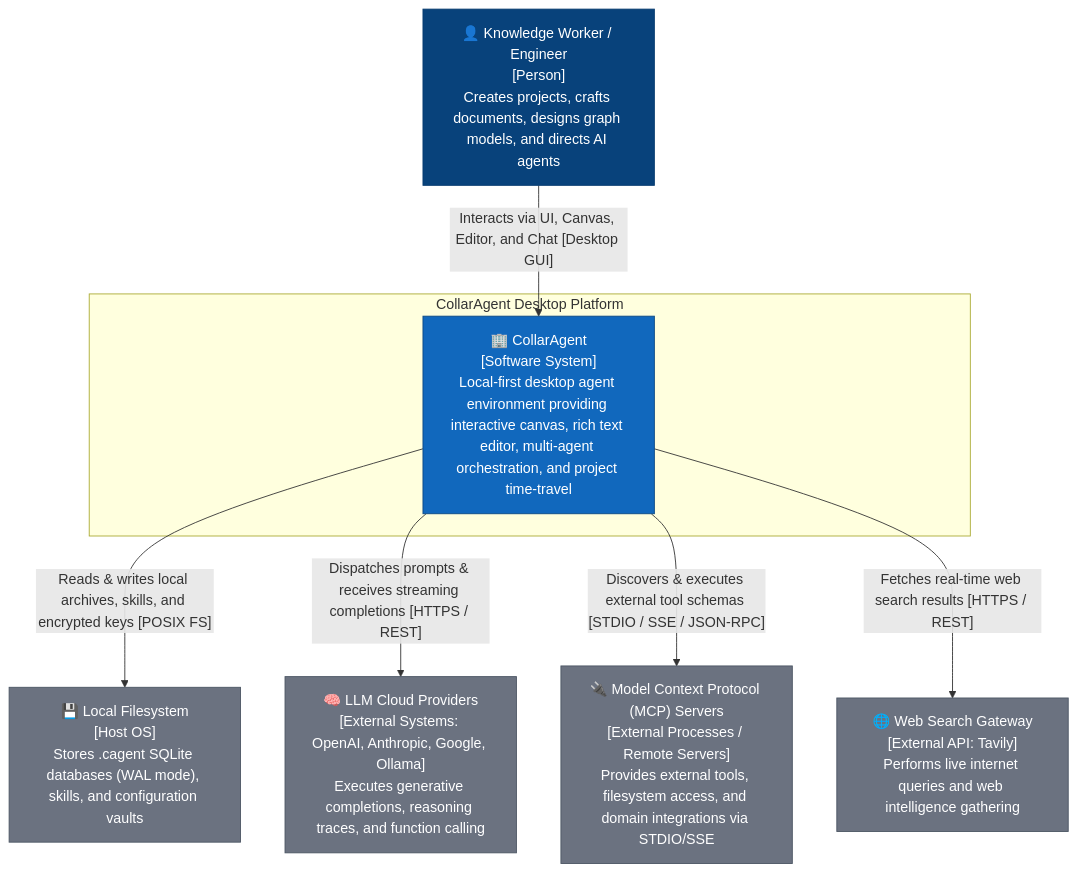
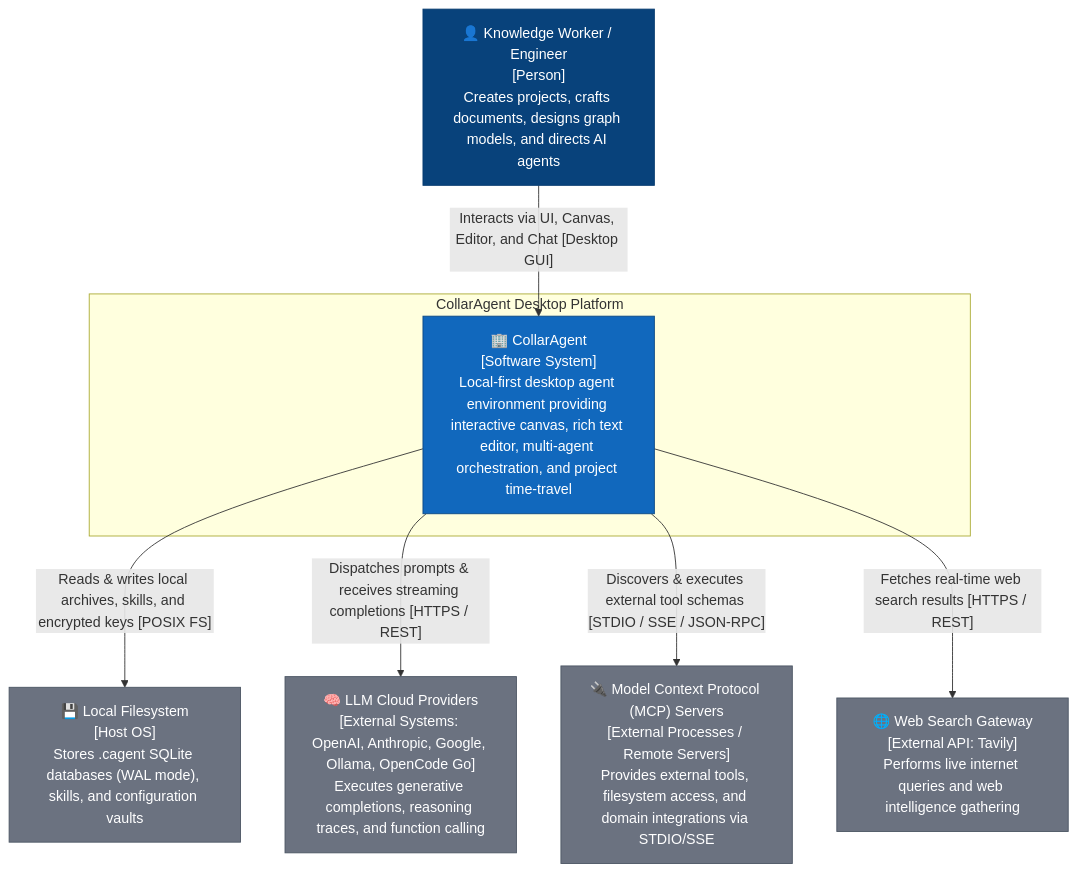
Before and after one commit to Goldwaterfung/Collaragent: the first of 17 diagrams in docs/design-catalog/README.md, drawn with Mermaid. The commit also changed other lines of this file and 42 other files, not shown here.

````diff
--- a/docs/design-catalog/README.md
+++ b/docs/design-catalog/README.md
@@ -79,25 +79,25 @@
 ```mermaid
 flowchart TB
     %% C1 System Context Styling
     classDef person fill:#08427b,stroke:#073b6f,color:#fff;
     classDef system fill:#1168bd,stroke:#0b4884,color:#fff;
     classDef external fill:#6b7280,stroke:#4b5563,color:#fff;
     classDef boundary fill:none,stroke:#94a3b8,stroke-width:2px,stroke-dasharray: 5 5;
 
     User["👤 Knowledge Worker / Engineer<br/>[Person]<br/>Creates projects, crafts documents, designs graph models, and directs AI agents"]:::person
 
     subgraph SystemBoundary ["CollarAgent Desktop Platform"]
         CollarAgentApp["🏢 CollarAgent<br/>[Software System]<br/>Local-first desktop agent environment providing interactive canvas, rich text editor, multi-agent orchestration, and project time-travel"]:::system
     end
 
     LocalFS["💾 Local Filesystem<br/>[Host OS]<br/>Stores .cagent SQLite databases (WAL mode), skills, and configuration vaults"]:::external
-    LLMProviders["🧠 LLM Cloud Providers<br/>[External Systems: OpenAI, Anthropic, Google, Ollama]<br/>Executes generative completions, reasoning traces, and function calling"]:::external
+    LLMProviders["🧠 LLM Cloud Providers<br/>[External Systems: OpenAI, Anthropic, Google, Ollama, OpenCode Go]<br/>Executes generative completions, reasoning traces, and function calling"]:::external
     MCPServers["🔌 Model Context Protocol (MCP) Servers<br/>[External Processes / Remote Servers]<br/>Provides external tools, filesystem access, and domain integrations via STDIO/SSE"]:::external
     SearchGateway["🌐 Web Search Gateway<br/>[External API: Tavily]<br/>Performs live internet queries and web intelligence gathering"]:::external
 
     User -->|"Interacts via UI, Canvas, Editor, and Chat [Desktop GUI]"| CollarAgentApp
     CollarAgentApp -->|"Reads & writes local archives, skills, and encrypted keys [POSIX FS]"| LocalFS
     CollarAgentApp -->|"Dispatches prompts & receives streaming completions [HTTPS / REST]"| LLMProviders
     CollarAgentApp -->|"Discovers & executes external tool schemas [STDIO / SSE / JSON-RPC]"| MCPServers
     CollarAgentApp -->|"Fetches real-time web search results [HTTPS / REST]"| SearchGateway
 ```
````
